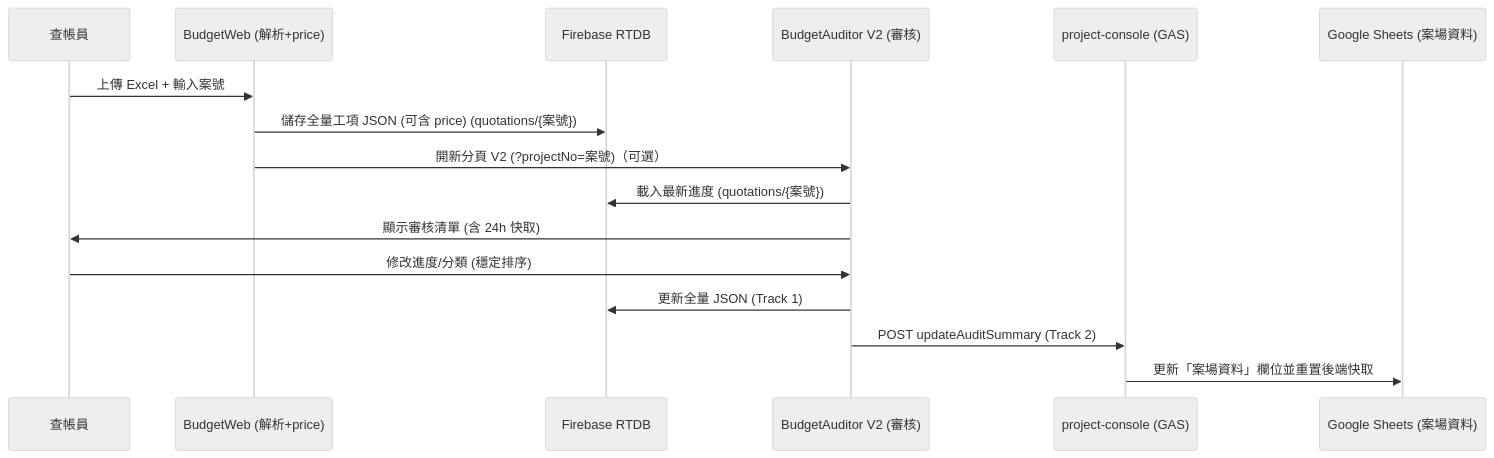
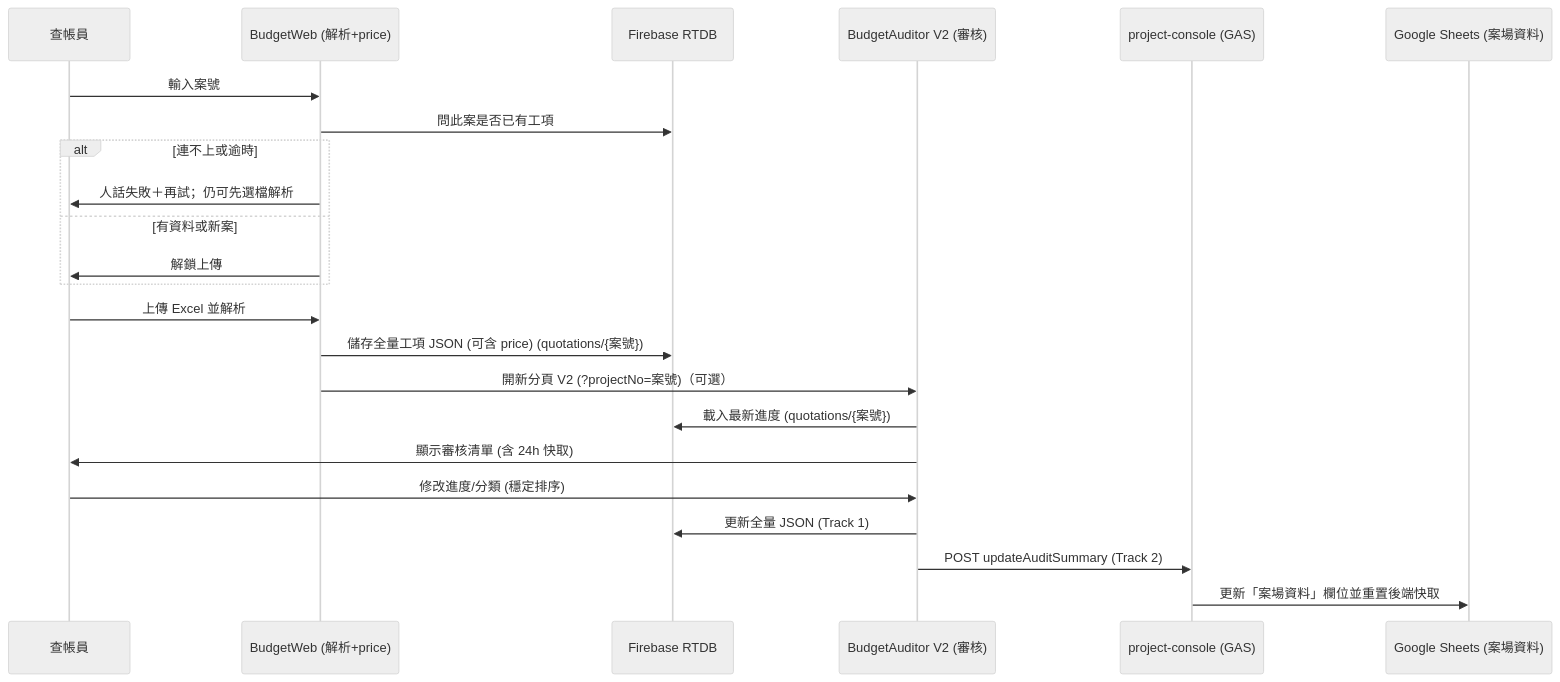
The diagram in SPEC/12_報價單審核與主控台整合規格書.md (nephi4377/liff-checkin), drawn with Mermaid (neutral theme) before and after one commit. The commit also changed other lines of this file and 4 other files, not shown here.

````diff
--- a/SPEC/12_報價單審核與主控台整合規格書.md
+++ b/SPEC/12_報價單審核與主控台整合規格書.md
@@ -97,19 +98,26 @@
 ```mermaid
 sequenceDiagram
     participant U as 查帳員
     participant BW as BudgetWeb (解析+price)
     participant FB as Firebase RTDB
     participant BA as BudgetAuditor V2 (審核)
     participant GAS as project-console (GAS)
     participant SS as Google Sheets (案場資料)
 
-    U->>BW: 上傳 Excel + 輸入案號
+    U->>BW: 輸入案號
+    BW->>FB: 問此案是否已有工項
+    alt 連不上或逾時
+        BW->>U: 人話失敗＋再試；仍可先選檔解析
+    else 有資料或新案
+        BW->>U: 解鎖上傳
+    end
+    U->>BW: 上傳 Excel 並解析
     BW->>FB: 儲存全量工項 JSON (可含 price) (quotations/{案號})
     BW->>BA: 開新分頁 V2 (?projectNo=案號)（可選）
     BA->>FB: 載入最新進度 (quotations/{案號})
     BA->>U: 顯示審核清單 (含 24h 快取)
     U->>BA: 修改進度/分類 (穩定排序)
     BA->>FB: 更新全量 JSON (Track 1)
     BA->>GAS: POST updateAuditSummary (Track 2)
     GAS->>SS: 更新「案場資料」欄位並重置後端快取
 ```
````
